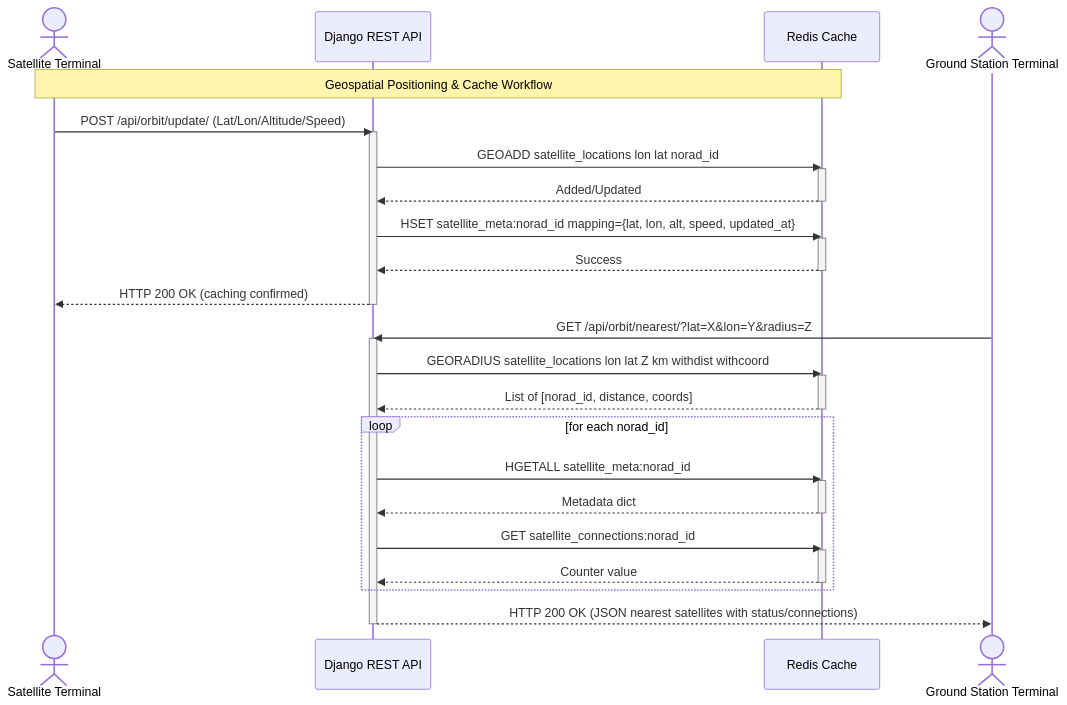
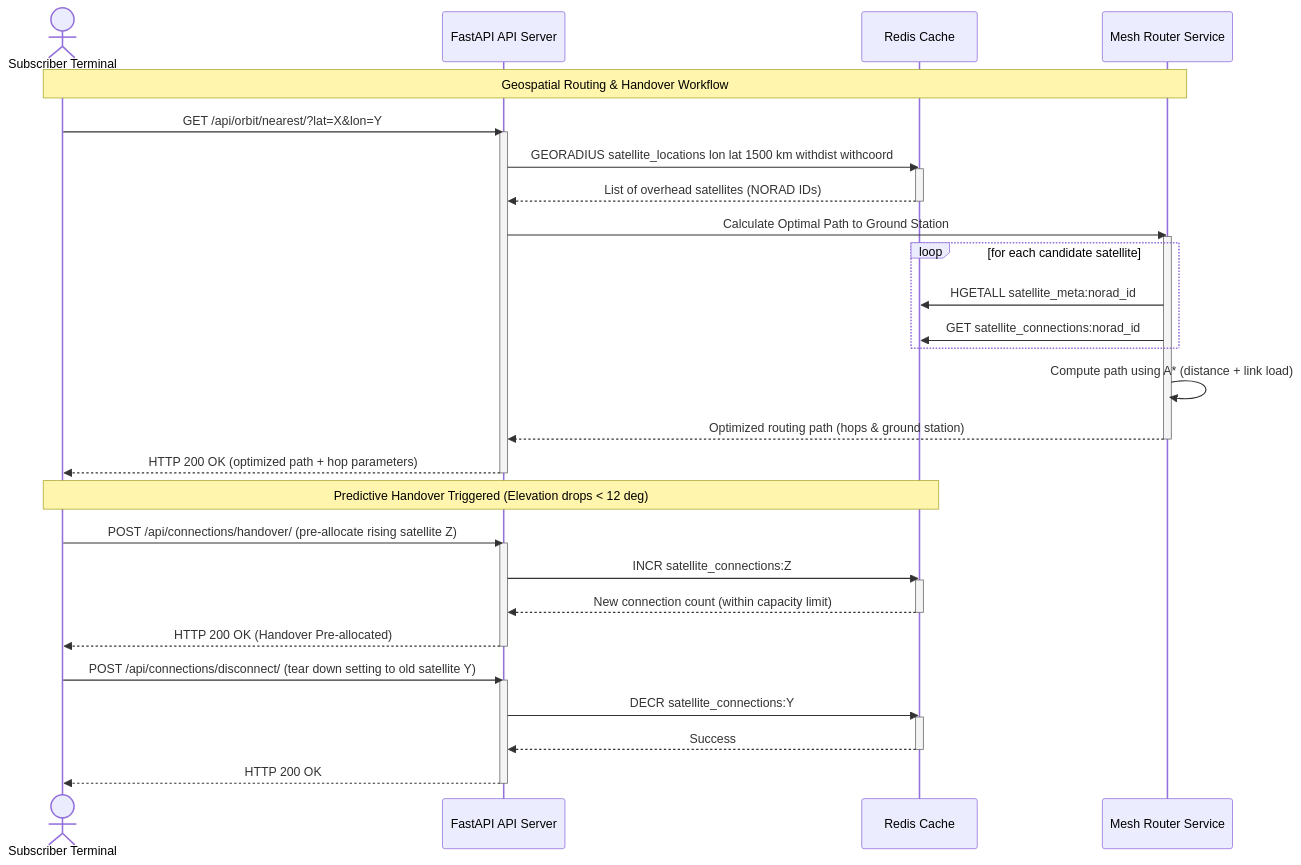
The diagram in docs/satellite_locations.md (amolc/spaceproject), drawn with Mermaid before and after one commit. The commit also changed other lines of this file and 19034 other files, not shown here.

````diff
--- a/docs/satellite_locations.md
+++ b/docs/satellite_locations.md
@@ -98,41 +116,46 @@
 ```mermaid
 sequenceDiagram
-    actor Sat as Satellite Terminal
-    participant Django as Django REST API
+    actor Term as Subscriber Terminal
+    participant FastAPI as FastAPI API Server
     participant Redis as Redis Cache
+    participant Router as Mesh Router Service
 
-    Note over Sat, Redis: Geospatial Positioning & Cache Workflow
+    Note over Term, Router: Geospatial Routing & Handover Workflow
 
-    Sat->>Django: POST /api/orbit/update/ (Lat/Lon/Altitude/Speed)
-    activate Django
-    Django->>Redis: GEOADD satellite_locations lon lat norad_id
+    Term->>FastAPI: GET /api/orbit/nearest/?lat=X&lon=Y
+    activate FastAPI
+    FastAPI->>Redis: GEORADIUS satellite_locations lon lat 1500 km withdist withcoord
     activate Redis
-    Redis-->>Django: Added/Updated
+    Redis-->>FastAPI: List of overhead satellites (NORAD IDs)
     deactivate Redis
-    Django->>Redis: HSET satellite_meta:norad_id mapping={lat, lon, alt, speed, updated_at}
+    
+    FastAPI->>Router: Calculate Optimal Path to Ground Station
+    activate Router
+    loop for each candidate satellite
+        Router->>Redis: HGETALL satellite_meta:norad_id
+        Router->>Redis: GET satellite_connections:norad_id
+    end
+    Router->>Router: Compute path using A* (distance + link load)
+    Router-->>FastAPI: Optimized routing path (hops & ground station)
+    deactivate Router
+    FastAPI-->>Term: HTTP 200 OK (optimized path + hop parameters)
+    deactivate FastAPI
+
+    Note over Term, Redis: Predictive Handover Triggered (Elevation drops < 12 deg)
+    Term->>FastAPI: POST /api/connections/handover/ (pre-allocate rising satellite Z)
+    activate FastAPI
+    FastAPI->>Redis: INCR satellite_connections:Z
     activate Redis
-    Redis-->>Django: Success
+    Redis-->>FastAPI: New connection count (within capacity limit)
     deactivate Redis
-    Django-->>Sat: HTTP 200 OK (caching confirmed)
-    deactivate Django
-
-    actor User as Ground Station Terminal
-    User->>Django: GET /api/orbit/nearest/?lat=X&lon=Y&radius=Z
-    activate Django
-    Django->>Redis: GEORADIUS satellite_locations lon lat Z km withdist withcoord
+    FastAPI-->>Term: HTTP 200 OK (Handover Pre-allocated)
+    deactivate FastAPI
+    Term->>FastAPI: POST /api/connections/disconnect/ (tear down setting to old satellite Y)
+    activate FastAPI
+    FastAPI->>Redis: DECR satellite_connections:Y
     activate Redis
-    Redis-->>Django: List of [norad_id, distance, coords]
+    Redis-->>FastAPI: Success
     deactivate Redis
-    loop for each norad_id
-        Django->>Redis: HGETALL satellite_meta:norad_id
-        activate Redis
-        Redis-->>Django: Metadata dict
-        deactivate Redis
-        Django->>Redis: GET satellite_connections:norad_id
-        activate Redis
-        Redis-->>Django: Counter value
-        deactivate Redis
-    end
-    Django-->>User: HTTP 200 OK (JSON nearest satellites with status/connections)
-    deactivate Django
+    FastAPI-->>Term: HTTP 200 OK
+    deactivate FastAPI
 ```
````
